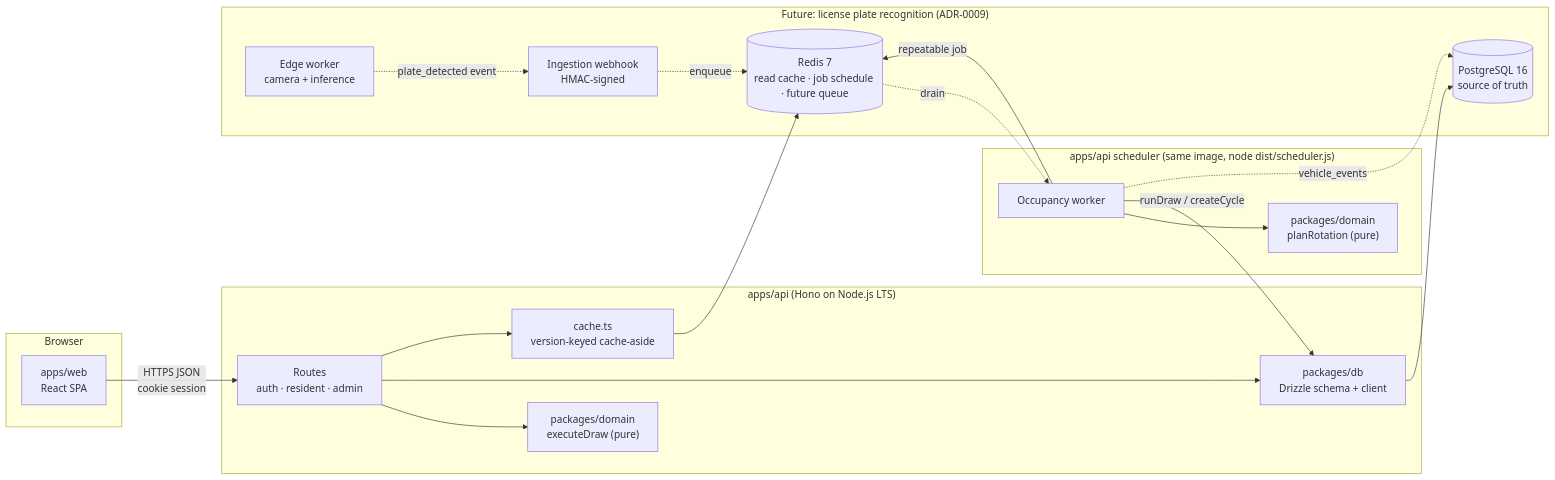
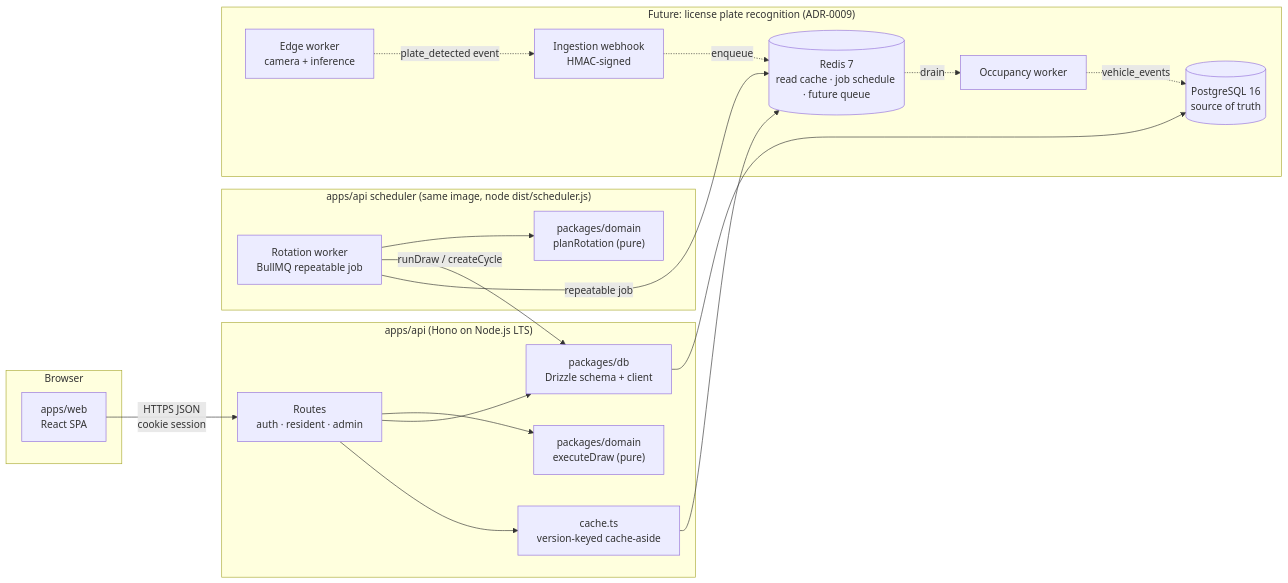
Before and after one commit to marcoamtz/residential-parking-system: the first of 4 diagrams in docs/01-architecture.md, drawn with Mermaid. The commit also changed other lines of this file and 15 other files, not shown here.

````diff
--- a/docs/01-architecture.md
+++ b/docs/01-architecture.md
@@ -7,41 +7,41 @@
 ```mermaid
 flowchart LR
   subgraph client [Browser]
     web["apps/web<br/>React SPA"]
   end
 
   subgraph api ["apps/api (Hono on Node.js LTS)"]
     routes["Routes<br/>auth · resident · admin"]
     domain["packages/domain<br/>executeDraw (pure)"]
     db["packages/db<br/>Drizzle schema + client"]
     cache["cache.ts<br/>version-keyed cache-aside"]
     routes --> domain
     routes --> db
     routes --> cache
   end
 
   subgraph sched ["apps/api scheduler (same image, node dist/scheduler.js)"]
     worker["Rotation worker<br/>BullMQ repeatable job"]
     policy["packages/domain<br/>planRotation (pure)"]
     worker --> policy
   end
 
   pg[("PostgreSQL 16<br/>source of truth")]
   redis[("Redis 7<br/>read cache · job schedule · future queue")]
 
   web -- "HTTPS JSON<br/>cookie session" --> routes
   db --> pg
   cache --> redis
   worker -- "runDraw / createCycle" --> db
   worker -- "repeatable job" --> redis
 
   subgraph future ["Future: license plate recognition (ADR-0009)"]
     cam["Edge worker<br/>camera + inference"]
     hook["Ingestion webhook<br/>HMAC-signed"]
-    worker["Occupancy worker"]
+    occ["Occupancy worker"]
     cam -. "plate_detected event" .-> hook
     hook -. enqueue .-> redis
-    redis -. drain .-> worker
-    worker -. "vehicle_events" .-> pg
+    redis -. drain .-> occ
+    occ -. "vehicle_events" .-> pg
   end
 ```
````
